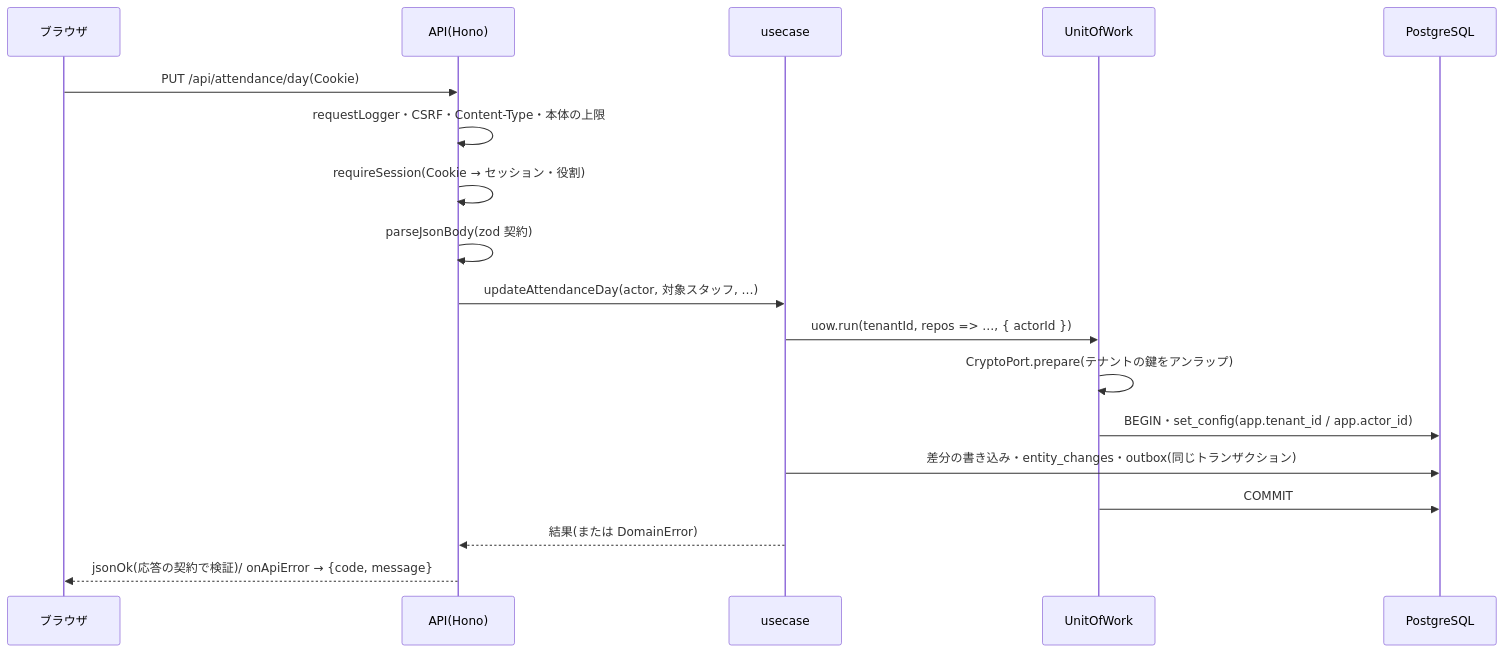
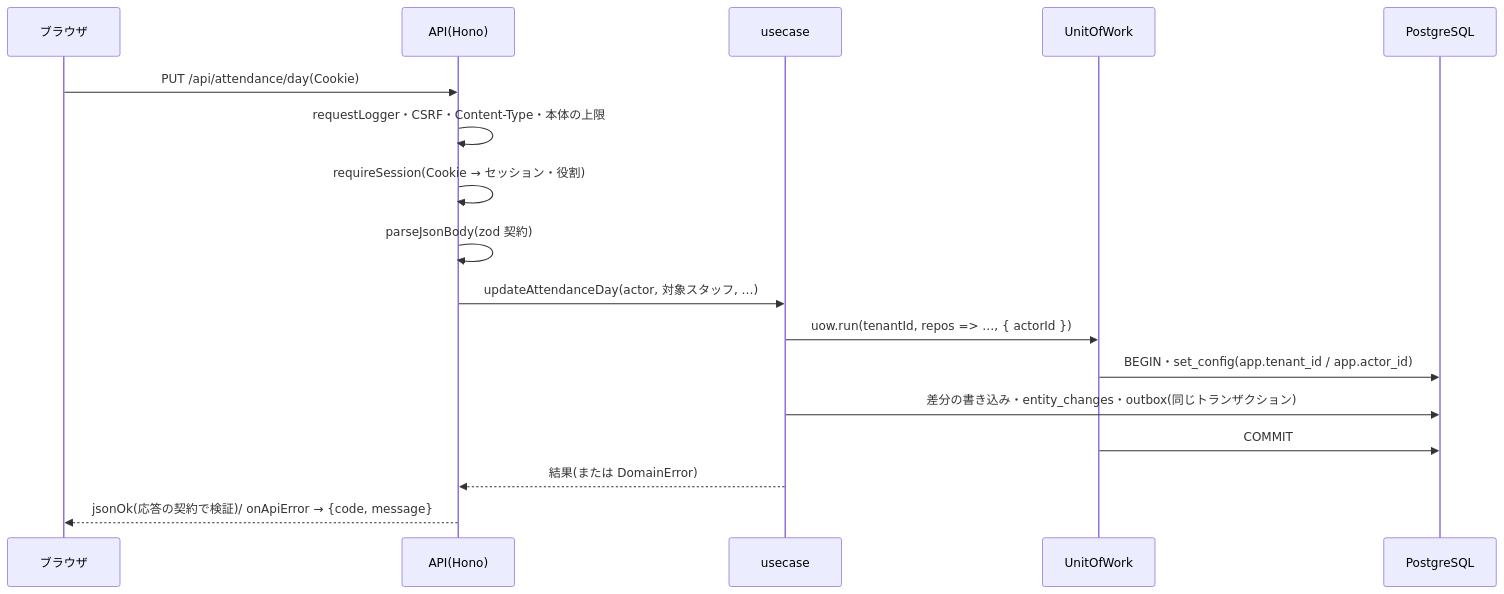
One commit to katahimo-dev/katahimo-app changed the fifth of 5 diagrams in doc/01_システム概要.md. Above: the diagram before and after it, drawn with Mermaid. The commit also changed other lines of this file and 13 other files, not shown here.

````diff
--- a/doc/01_システム概要.md
+++ b/doc/01_システム概要.md
@@ -179,20 +179,19 @@
 ```mermaid
 sequenceDiagram
   participant B as ブラウザ
   participant A as API(Hono)
   participant U as usecase
   participant W as UnitOfWork
   participant P as PostgreSQL
   B->>A: PUT /api/attendance/day(Cookie)
   A->>A: requestLogger・CSRF・Content-Type・本体の上限
   A->>A: requireSession(Cookie → セッション・役割)
   A->>A: parseJsonBody(zod 契約)
   A->>U: updateAttendanceDay(actor, 対象スタッフ, …)
   U->>W: uow.run(tenantId, repos => …, { actorId })
-  W->>W: CryptoPort.prepare(テナントの鍵をアンラップ)
   W->>P: BEGIN・set_config(app.tenant_id / app.actor_id)
   U->>P: 差分の書き込み・entity_changes・outbox(同じトランザクション)
   W->>P: COMMIT
   U-->>A: 結果(または DomainError)
   A-->>B: jsonOk(応答の契約で検証)/ onApiError → {code, message}
 ```
````
